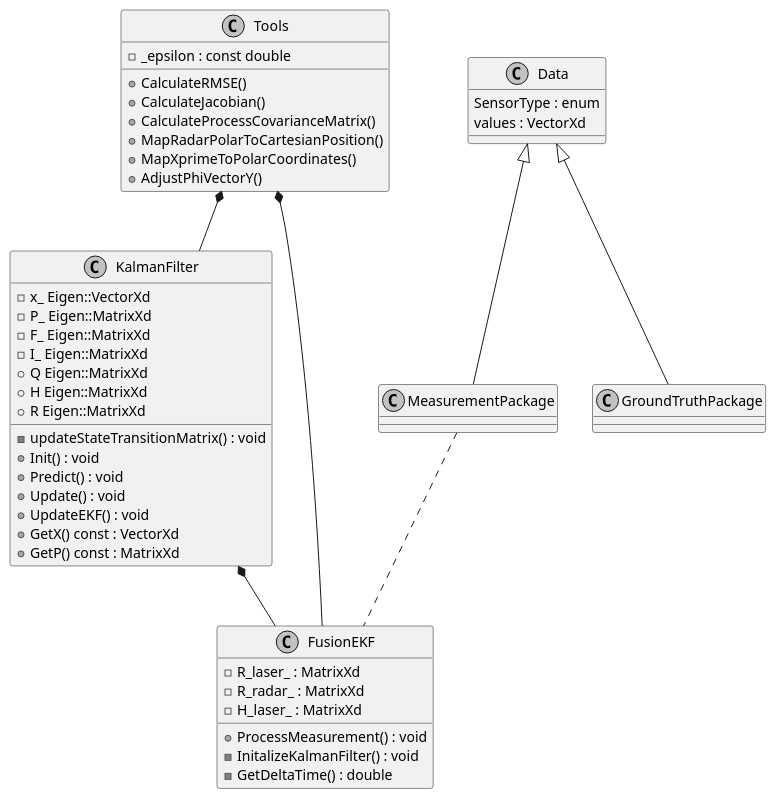
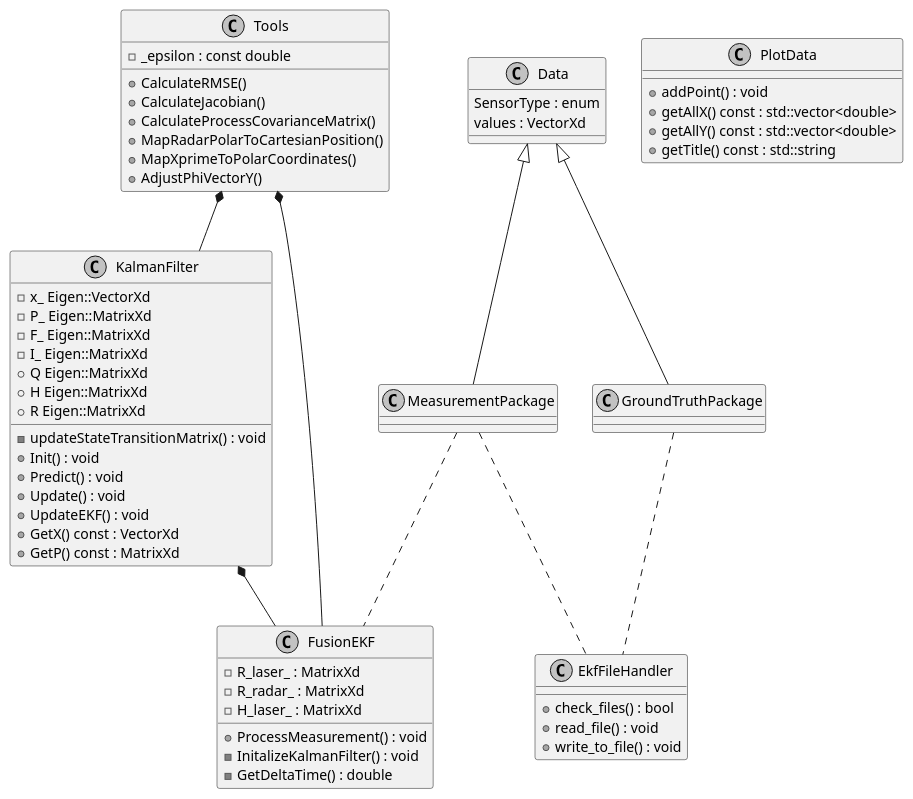
The diagram in misc/overview.puml (ChrisShepherd81/Extended-Kalman-Filter), drawn with PlantUML before and after one commit.

Commit message:
Updated Diagram

```diff
--- a/misc/overview.puml
+++ b/misc/overview.puml
@@ -1,54 +1,67 @@
 @startuml
 skinparam monochrome true
 ' skinparam classAttributeFontName Cambria
 ' skinparam classAttributeFontSize 13
 
 class Tools{
   -_epsilon : const double 
   +CalculateRMSE()
   +CalculateJacobian()
   +CalculateProcessCovarianceMatrix()
   +MapRadarPolarToCartesianPosition()
   +MapXprimeToPolarCoordinates()
   +AdjustPhiVectorY()
 }
 class KalmanFilter{
   -x_ Eigen::VectorXd 
   -P_ Eigen::MatrixXd 
   -F_ Eigen::MatrixXd 
   -I_ Eigen::MatrixXd 
   +Q Eigen::MatrixXd 
   +H Eigen::MatrixXd 
   +R Eigen::MatrixXd 
 
   -updateStateTransitionMatrix() : void
   +Init() : void
   +Predict() : void
   +Update() : void
   +UpdateEKF() : void
   +GetX() const : VectorXd
   +GetP() const : MatrixXd
 
 }
 class FusionEKF{
  +ProcessMeasurement() : void
  
  -R_laser_ : MatrixXd
  -R_radar_ : MatrixXd
  -H_laser_ : MatrixXd
  
  -InitalizeKalmanFilter() : void
  -GetDeltaTime() : double
  
 }
 class Data{
  SensorType : enum
  values : VectorXd 
 }
+class EkfFileHandler{ 
+ +check_files() : bool
+ +read_file() : void
+ +write_to_file() : void
+}
+class PlotData{ 
+ +addPoint() : void
+ +getAllX() const : std::vector<double>
+ +getAllY() const : std::vector<double>
+ +getTitle() const : std::string 
+}
 Tools *-- FusionEKF
 Tools *-- KalmanFilter
 Data <|-- MeasurementPackage
 Data <|-- GroundTruthPackage
 KalmanFilter *-- FusionEKF
 MeasurementPackage .. FusionEKF
+MeasurementPackage .. EkfFileHandler
+GroundTruthPackage .. EkfFileHandler
 @enduml
```
